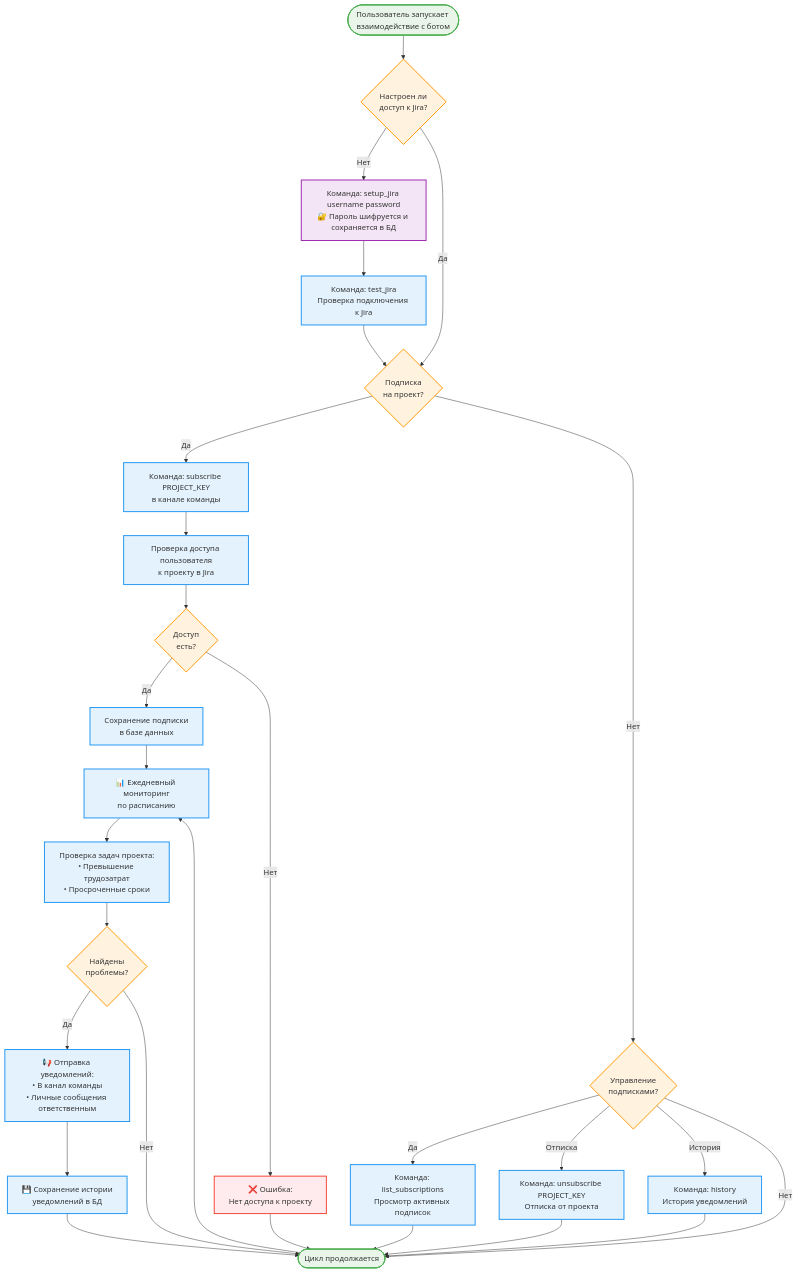
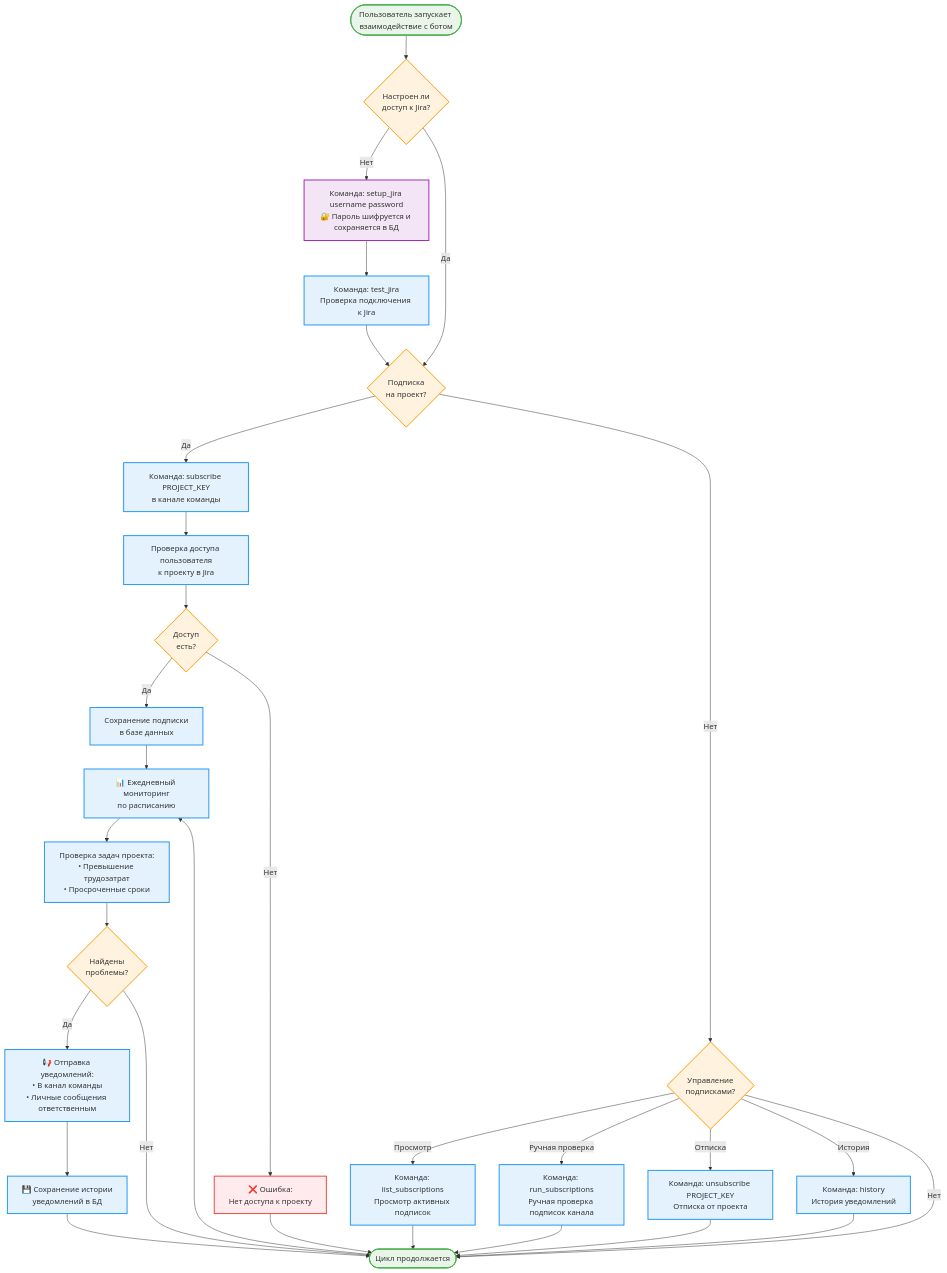
Before and after one commit to chastnik/mm_project_monitor_bot: the second of 2 diagrams in README.md, drawn with Mermaid. The commit also changed other lines of this file, not shown here.

Commit message:
Обновлена документация с командой run_subscriptions - Добавлено описание команды run_subscriptions в README - Обновлена схема процесса работы с ботом в Mermaid - Команда позволяет запускать проверку подписок канала вручную - Улучшена навигация по функциям бота

```diff
--- a/README.md
+++ b/README.md
@@ -231,6 +232,7 @@
     MANAGE{Управление<br/>подписками?}
     
     LIST_SUBS[Команда: list_subscriptions<br/>Просмотр активных подписок]
+    RUN_SUBS[Команда: run_subscriptions<br/>Ручная проверка подписок канала]
     UNSUB[Команда: unsubscribe PROJECT_KEY<br/>Отписка от проекта]
     HISTORY[Команда: history<br/>История уведомлений]
     
@@ -262,8 +264,10 @@
     SAVE_HISTORY --> END
     ISSUES_FOUND -->|Нет| END
     
-    MANAGE -->|Да| LIST_SUBS
+    MANAGE -->|Просмотр| LIST_SUBS
     LIST_SUBS --> END
+    MANAGE -->|Ручная проверка| RUN_SUBS
+    RUN_SUBS --> END
     MANAGE -->|Отписка| UNSUB
     UNSUB --> END
     MANAGE -->|История| HISTORY
@@ -279,7 +283,7 @@
     classDef error fill:#ffebee,stroke:#f44336,stroke-width:2px
     
     class START,END startEnd
-    class SETUP_JIRA,TEST_JIRA,SUB_CMD,CHECK_ACCESS,SAVE_SUB,MONITOR_CYCLE,CHECK_ISSUES,SEND_NOTIFICATIONS,SAVE_HISTORY,LIST_SUBS,UNSUB,HISTORY process
+    class SETUP_JIRA,TEST_JIRA,SUB_CMD,CHECK_ACCESS,SAVE_SUB,MONITOR_CYCLE,CHECK_ISSUES,SEND_NOTIFICATIONS,SAVE_HISTORY,LIST_SUBS,RUN_SUBS,UNSUB,HISTORY process
     class SETUP,SUBSCRIBE,ACCESS_OK,ISSUES_FOUND,MANAGE decision
     class SETUP_JIRA security
     class ERROR_ACCESS error
```
